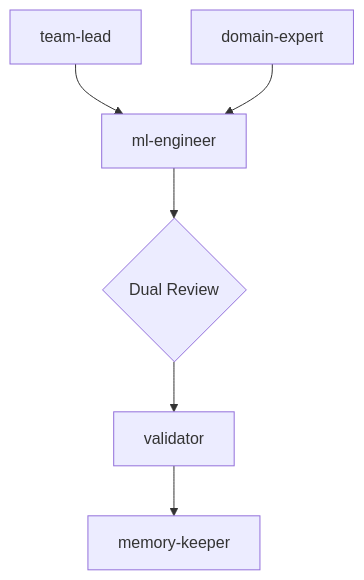
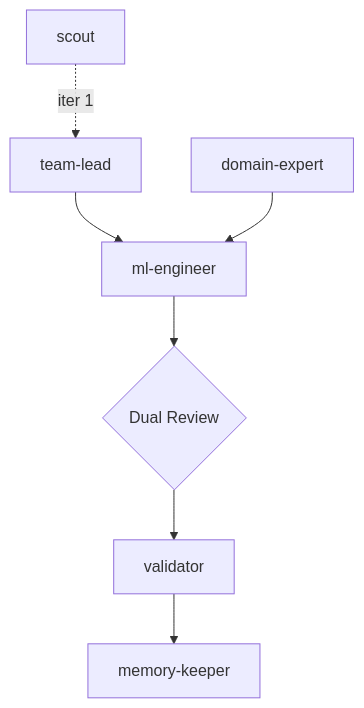
The diagram in gladius/topologies/templates/matrix.md (KameniAlexNea/gladius-agent), drawn with Mermaid before and after one commit. The commit also changed other lines of this file and 8 other files, not shown here.

Commit message:
feat: introduce scout role for data reconnaissance and update topologies to include scout in iteration flow

````diff
--- a/gladius/topologies/templates/matrix.md
+++ b/gladius/topologies/templates/matrix.md
@@ -9,8 +9,9 @@
 ```mermaid
 graph TD
-    TL[team-lead] --> ME[ml-engineer]
+    SC[scout] -.->|iter 1| TL[team-lead]
+    TL --> ME[ml-engineer]
     DE[domain-expert] --> ME
     ME --> Approval{Dual Review}
     Approval --> V[validator]
     V --> MK[memory-keeper]
 ```
````
